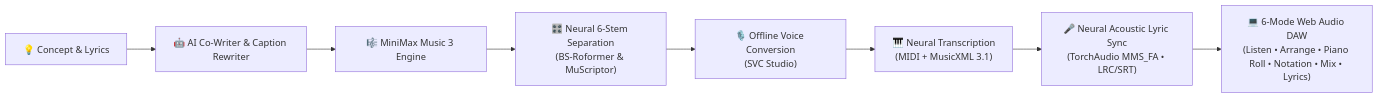
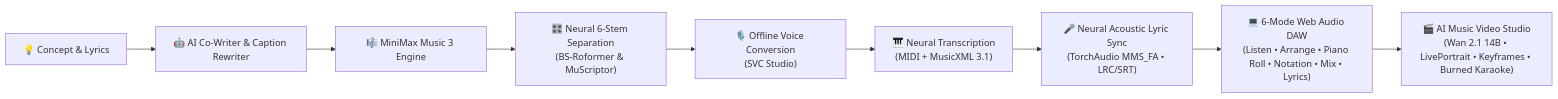
One commit to mainza-ai/milimomusic changed the diagram in README.md. Above: the diagram before and after it, drawn with Mermaid. The commit also changed other lines of this file and 23 other files, not shown here.

````diff
--- a/README.md
+++ b/README.md
@@ -39,10 +39,11 @@
 ```mermaid
 graph LR
     A["💡 Concept & Lyrics"] --> B["🤖 AI Co-Writer & Caption Rewriter"]
     B --> C["🎼 MiniMax Music 3 Engine"]
     C --> D["🎛️ Neural 6-Stem Separation<br/>(BS-Roformer & MuScriptor)"]
     D --> E["🎙️ Offline Voice Conversion<br/>(SVC Studio)"]
     E --> F["🎹 Neural Transcription<br/>(MIDI + MusicXML 3.1)"]
     F --> G["🎤 Neural Acoustic Lyric Sync<br/>(TorchAudio MMS_FA • LRC/SRT)"]
     G --> H["💻 6-Mode Web Audio DAW<br/>(Listen • Arrange • Piano Roll • Notation • Mix • Lyrics)"]
+    H --> I["🎬 AI Music Video Studio<br/>(Wan 2.1 14B • LivePortrait • Keyframes • Burned Karaoke)"]
 ```
````
